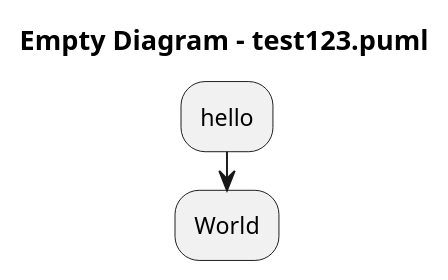
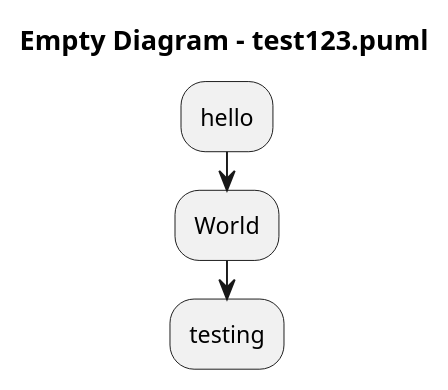
The diagram in test123.puml (aberni-coder/PlantText-Testing---Public-2), drawn with PlantUML before and after one commit.

Commit message:
PlantText Commit: .

```diff
--- a/test123.puml
+++ b/test123.puml
@@ -1,7 +1,8 @@
 @startuml
 
 title Empty Diagram - test123.puml
 :hello;
 :World;
+:testing;
 
 @enduml
```
